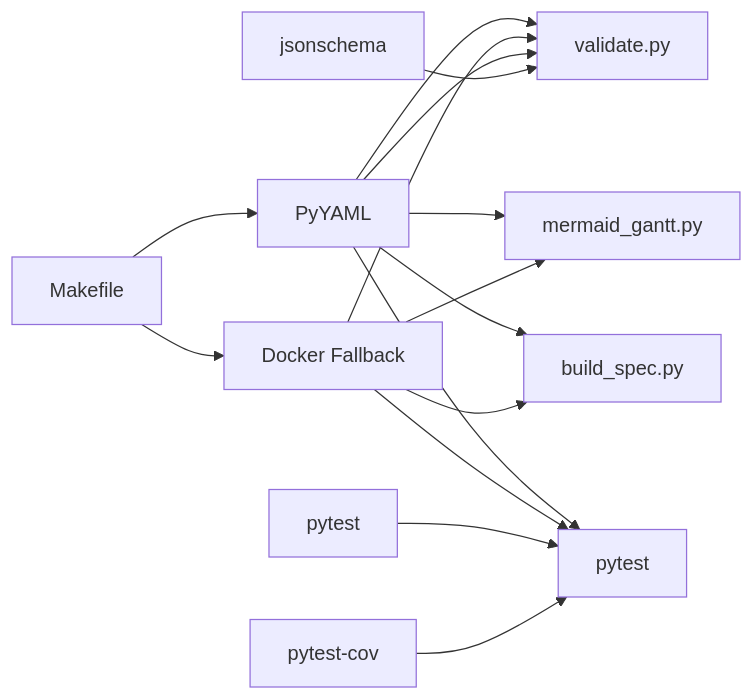
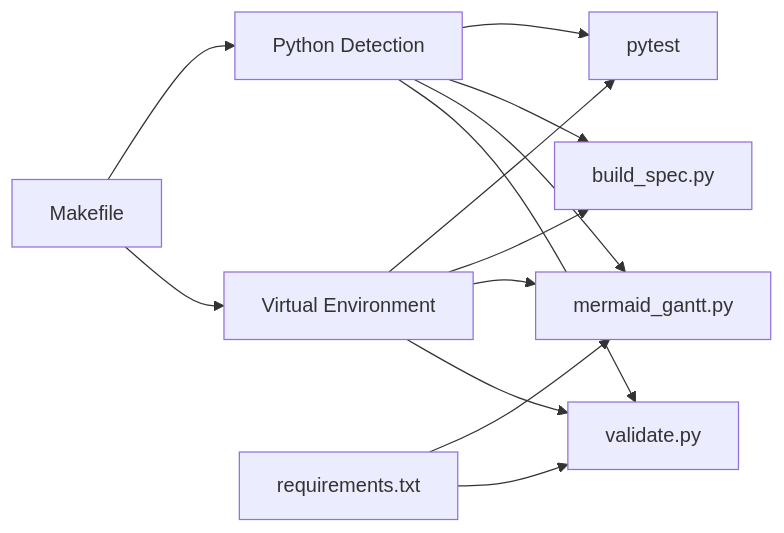
One commit to asukhodko/opskarta changed the fifth of 5 diagrams in .qoder/repowiki/en/content/Integration Guide/Workflow Automation.md. Above: the diagram before and after it, drawn with Mermaid. The commit also changed other lines of this file and 6 other files, not shown here.

First line of the commit message:
feat(makefile): enhance automation with venv support and streamline workflows

````diff
--- a/.qoder/repowiki/en/content/Integration Guide/Workflow Automation.md
+++ b/.qoder/repowiki/en/content/Integration Guide/Workflow Automation.md
@@ -446,17 +442,15 @@
 ```mermaid
 graph LR
-MK["Makefile"] --> PY["Python Detection"]
-MK --> DOCK["Docker Fallback"]
-PY --> VAL["validate.py"]
-PY --> REND["mermaid_gantt.py"]
-PY --> SPEC["build_spec.py"]
-PY --> TEST["pytest"]
-DOCK --> VAL
-DOCK --> REND
-DOCK --> SPEC
-DOCK --> TEST
-PY["PyYAML"] --> VAL
-JS["jsonschema"] --> VAL
-REQ["pytest"] --> TEST
-COV["pytest-cov"] --> TEST
+MK["Makefile"] --> VENV["Virtual Environment"]
+MK --> PY["Python Detection"]
+VENV --> VAL["validate.py"]
+VENV --> REND["mermaid_gantt.py"]
+VENV --> SPEC["build_spec.py"]
+VENV --> TEST["pytest"]
+PY --> VAL
+PY --> REND
+PY --> SPEC
+PY --> TEST
+REQ["requirements.txt"] --> VAL
+REQ --> REND
 ```
````
